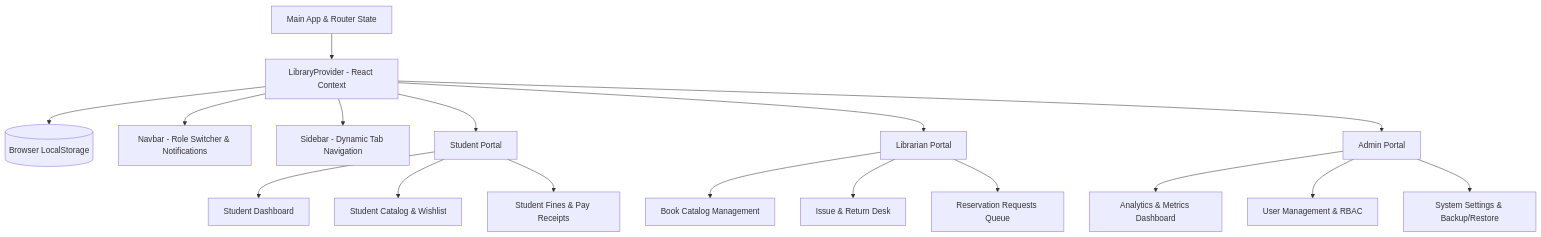
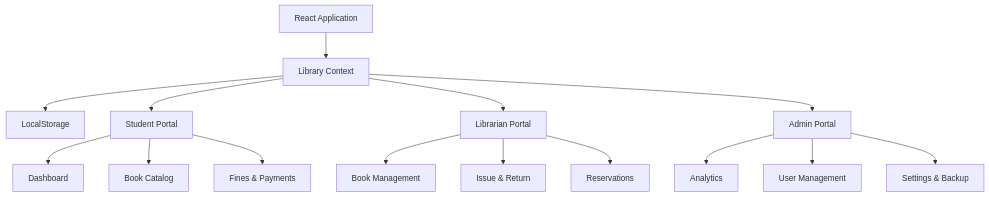
One commit to Deekshith-stack/LibraryManagementSystem changed the first of 2 diagrams in README.md. Above: the diagram before and after it, drawn with Mermaid. The commit also changed other lines of this file, not shown here.

````diff
--- a/README.md
+++ b/README.md
@@ -50,24 +111,22 @@
 ```mermaid
 graph TD
-    App[Main App & Router State] --> LP[LibraryProvider - React Context]
-    LP --> Storage[(Browser LocalStorage)]
-    
-    LP --> Nav[Navbar - Role Switcher & Notifications]
-    LP --> Side[Sidebar - Dynamic Tab Navigation]
-    
-    LP --> SP[Student Portal]
-    LP --> LIB[Librarian Portal]
-    LP --> ADM[Admin Portal]
-    
-    SP --> S1[Student Dashboard]
-    SP --> S2[Student Catalog & Wishlist]
-    SP --> S3[Student Fines & Pay Receipts]
-    
-    LIB --> L1[Book Catalog Management]
-    LIB --> L2[Issue & Return Desk]
-    LIB --> L3[Reservation Requests Queue]
-    
-    ADM --> A1[Analytics & Metrics Dashboard]
-    ADM --> A2[User Management & RBAC]
-    ADM --> A3[System Settings & Backup/Restore]
+
+    A[React Application] --> B[Library Context]
+    B --> C[LocalStorage]
+
+    B --> D[Student Portal]
+    B --> E[Librarian Portal]
+    B --> F[Admin Portal]
+
+    D --> D1[Dashboard]
+    D --> D2[Book Catalog]
+    D --> D3[Fines & Payments]
+
+    E --> E1[Book Management]
+    E --> E2[Issue & Return]
+    E --> E3[Reservations]
+
+    F --> F1[Analytics]
+    F --> F2[User Management]
+    F --> F3[Settings & Backup]
 ```
````
